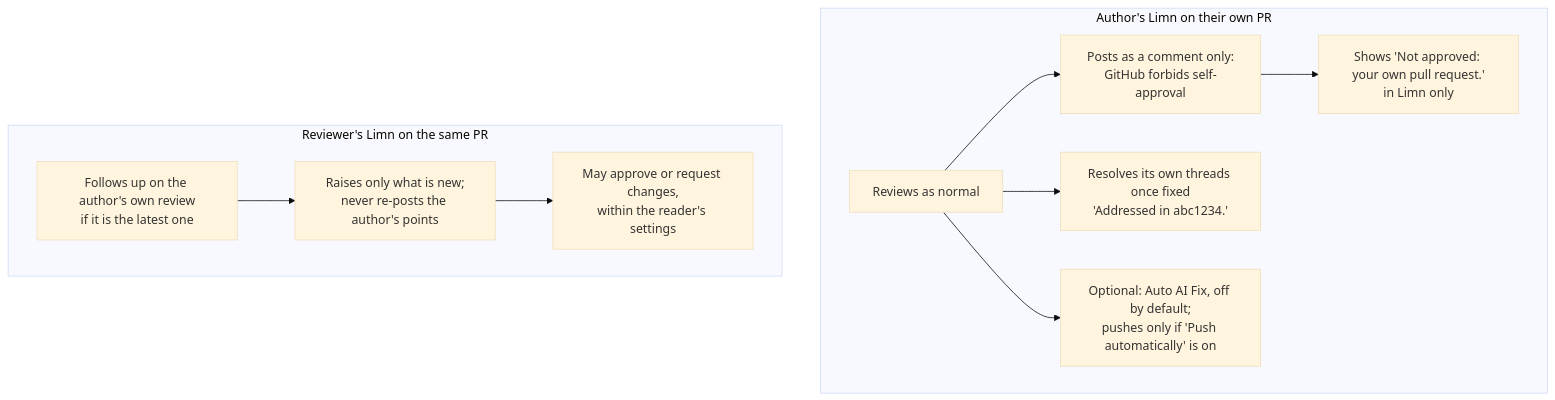
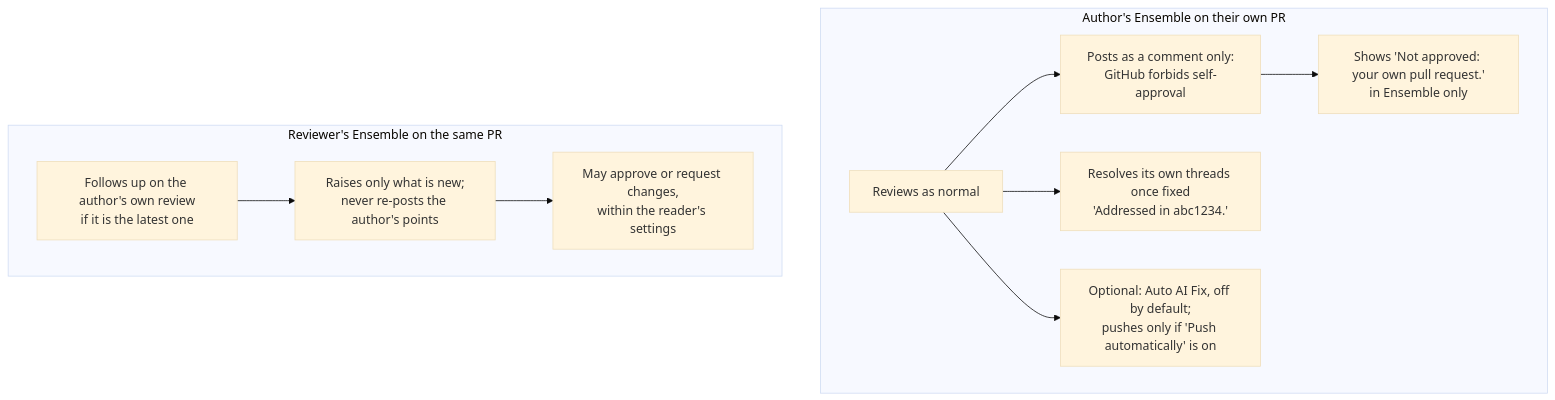
One commit to alexwakeman/pierre-review changed the third of 8 diagrams in docs/TEAM-REVIEW.md. Above: the diagram before and after it, drawn with Mermaid (base theme). The commit also changed other lines of this file and 151 other files, not shown here.

````diff
--- a/docs/TEAM-REVIEW.md
+++ b/docs/TEAM-REVIEW.md
@@ -245,13 +285,13 @@
 ```mermaid
 flowchart TB
-  subgraph Author["Author's Limn on their own PR"]
+  subgraph Author["Author's Ensemble on their own PR"]
     A1[Reviews as normal] --> A2[Posts as a comment only:<br/>GitHub forbids self-approval]
-    A2 --> A3["Shows 'Not approved: your own pull request.'<br/>in Limn only"]
+    A2 --> A3["Shows 'Not approved: your own pull request.'<br/>in Ensemble only"]
     A1 --> A4[Resolves its own threads once fixed<br/>'Addressed in abc1234.']
     A1 --> A5[Optional: Auto AI Fix, off by default;<br/>pushes only if 'Push automatically' is on]
   end
-  subgraph Reviewer["Reviewer's Limn on the same PR"]
+  subgraph Reviewer["Reviewer's Ensemble on the same PR"]
     R1[Follows up on the author's own review<br/>if it is the latest one] --> R2[Raises only what is new;<br/>never re-posts the author's points]
     R2 --> R3[May approve or request changes,<br/>within the reader's settings]
   end
 ```
````
